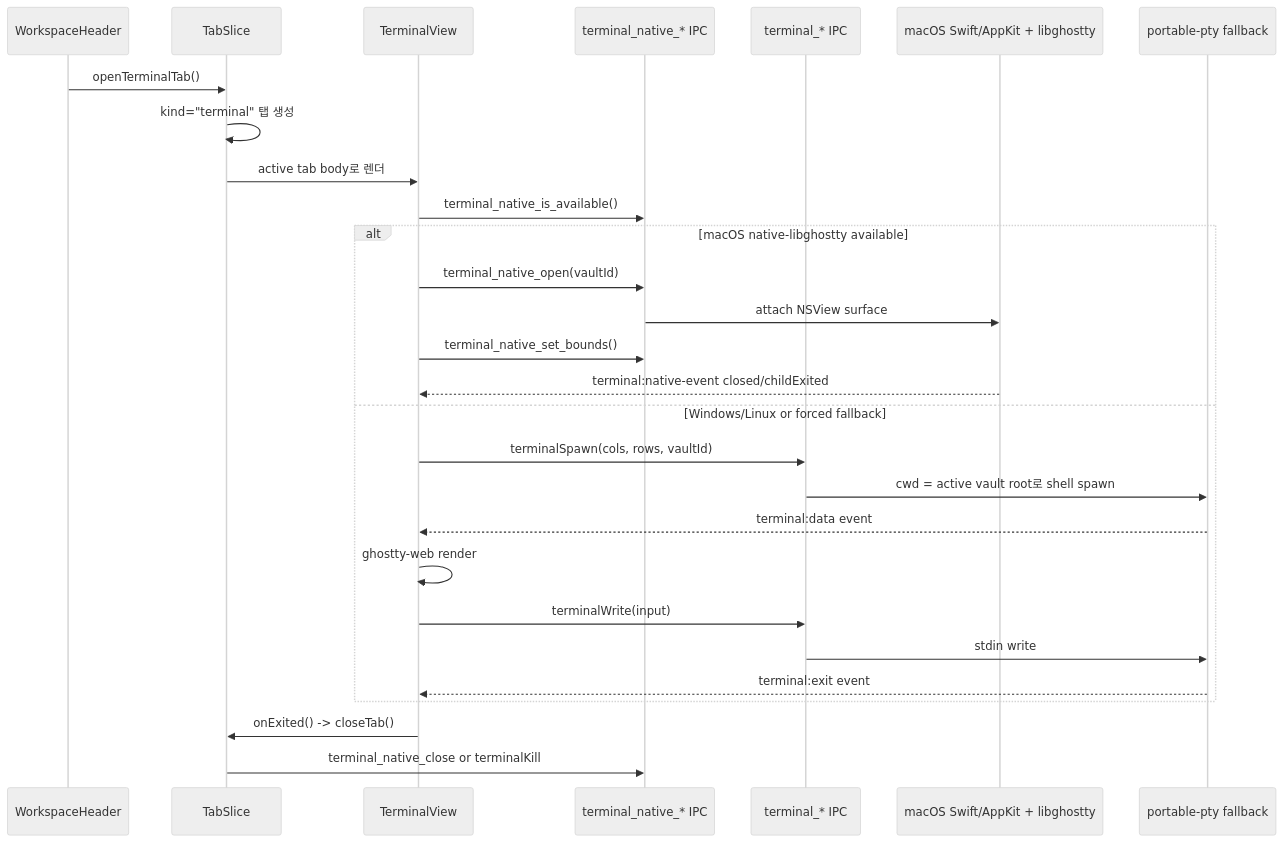
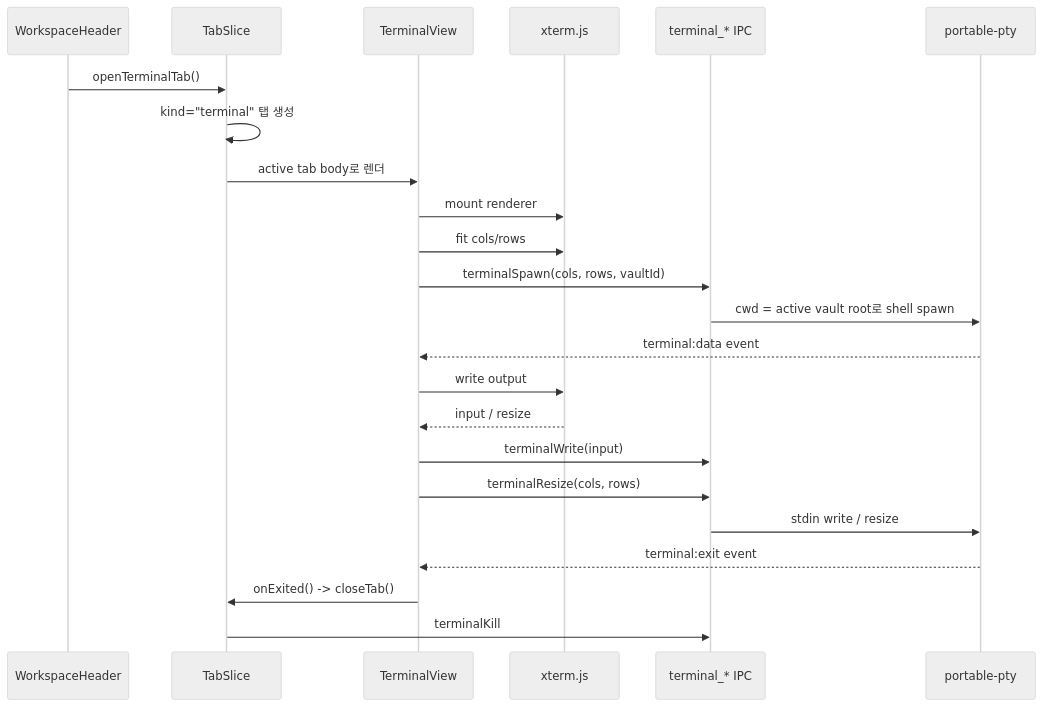
The eighth of 12 diagrams in docs/app-architecture-mermaid.md (ByeongGi/munix), drawn with Mermaid (neutral theme) before and after one commit. The commit also changed other lines of this file and 28 other files, not shown here.

Commit message:
refactor(terminal): switch to xterm runtime

````diff
--- a/docs/app-architecture-mermaid.md
+++ b/docs/app-architecture-mermaid.md
@@ -228,33 +228,28 @@
 ```mermaid
 sequenceDiagram
   participant Header as WorkspaceHeader
   participant Tabs as TabSlice
   participant Terminal as TerminalView
-  participant NativeIPC as terminal_native_* IPC
+  participant Xterm as xterm.js
   participant WebIPC as terminal_* IPC
-  participant Native as macOS Swift/AppKit + libghostty
-  participant PTY as portable-pty fallback
+  participant PTY as portable-pty
 
   Header->>Tabs: openTerminalTab()
   Tabs->>Tabs: kind="terminal" 탭 생성
   Tabs->>Terminal: active tab body로 렌더
 
-  Terminal->>NativeIPC: terminal_native_is_available()
-  alt macOS native-libghostty available
-    Terminal->>NativeIPC: terminal_native_open(vaultId)
-    NativeIPC->>Native: attach NSView surface
-    Terminal->>NativeIPC: terminal_native_set_bounds()
-    Native-->>Terminal: terminal:native-event closed/childExited
-  else Windows/Linux or forced fallback
-    Terminal->>WebIPC: terminalSpawn(cols, rows, vaultId)
-    WebIPC->>PTY: cwd = active vault root로 shell spawn
-    PTY-->>Terminal: terminal:data event
-    Terminal->>Terminal: ghostty-web render
-    Terminal->>WebIPC: terminalWrite(input)
-    WebIPC->>PTY: stdin write
-    PTY-->>Terminal: terminal:exit event
-  end
+  Terminal->>Xterm: mount renderer
+  Terminal->>Xterm: fit cols/rows
+  Terminal->>WebIPC: terminalSpawn(cols, rows, vaultId)
+  WebIPC->>PTY: cwd = active vault root로 shell spawn
+  PTY-->>Terminal: terminal:data event
+  Terminal->>Xterm: write output
+  Xterm-->>Terminal: input / resize
+  Terminal->>WebIPC: terminalWrite(input)
+  Terminal->>WebIPC: terminalResize(cols, rows)
+  WebIPC->>PTY: stdin write / resize
+  PTY-->>Terminal: terminal:exit event
 
   Terminal->>Tabs: onExited() -> closeTab()
-  Tabs->>NativeIPC: terminal_native_close or terminalKill
+  Tabs->>WebIPC: terminalKill
 ```
````
